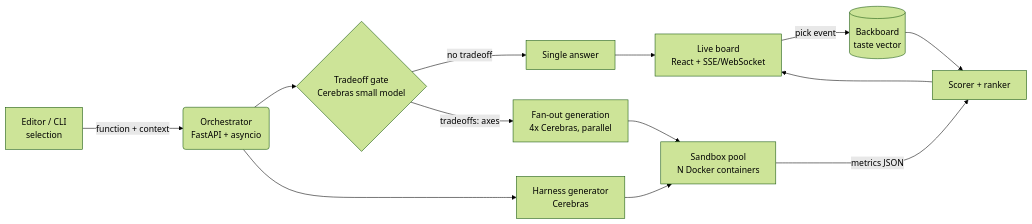
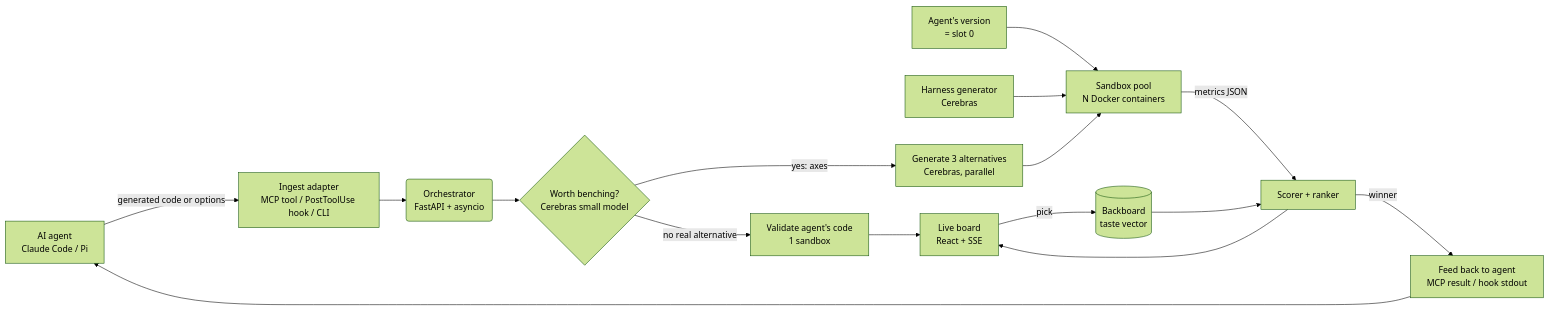
The diagram in bench-product-spec.md (subodh-thallada/ricky), drawn with Mermaid (forest theme) before and after one commit. The commit also changed other lines of this file, not shown here.

````diff
--- a/bench-product-spec.md
+++ b/bench-product-spec.md
@@ -91,14 +101,18 @@
 ```mermaid
 flowchart LR
-    A[Editor / CLI<br/>selection] -->|function + context| B(Orchestrator<br/>FastAPI + asyncio)
-    B --> G{Tradeoff gate<br/>Cerebras small model}
-    G -->|no tradeoff| S1[Single answer] --> UI
-    G -->|tradeoffs: axes| C[Fan-out generation<br/>4x Cerebras, parallel]
-    B --> H[Harness generator<br/>Cerebras]
+    AG[AI agent<br/>Claude Code / Pi]
+    AG -->|generated code or options| ING[Ingest adapter<br/>MCP tool / PostToolUse hook / CLI]
+    ING --> B(Orchestrator<br/>FastAPI + asyncio)
+    SEED[Agent's version<br/>= slot 0] --> D
+    B --> G{Worth benching?<br/>Cerebras small model}
+    G -->|no real alternative| OK[Validate agent's code<br/>1 sandbox] --> UI
+    G -->|yes: axes| C[Generate 3 alternatives<br/>Cerebras, parallel]
+    H[Harness generator<br/>Cerebras] --> D
     C --> D[Sandbox pool<br/>N Docker containers]
-    H --> D
     D -->|metrics JSON| R[Scorer + ranker]
     T[(Backboard<br/>taste vector)] --> R
-    R --> UI[Live board<br/>React + SSE/WebSocket]
-    UI -->|pick event| T
+    R --> UI[Live board<br/>React + SSE]
+    R -->|winner| FB[Feed back to agent<br/>MCP result / hook stdout]
+    FB --> AG
+    UI -->|pick| T
 ```
````
